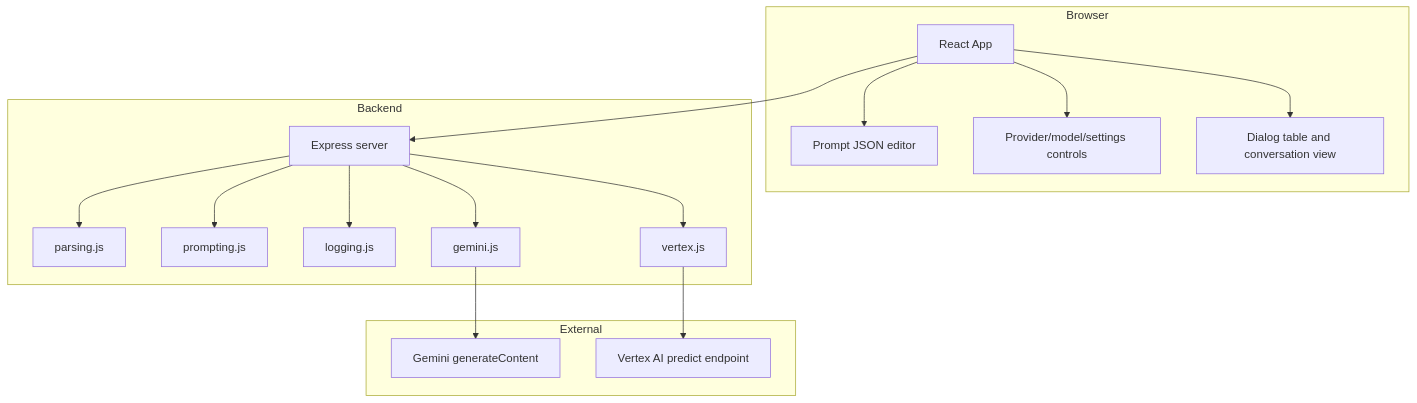
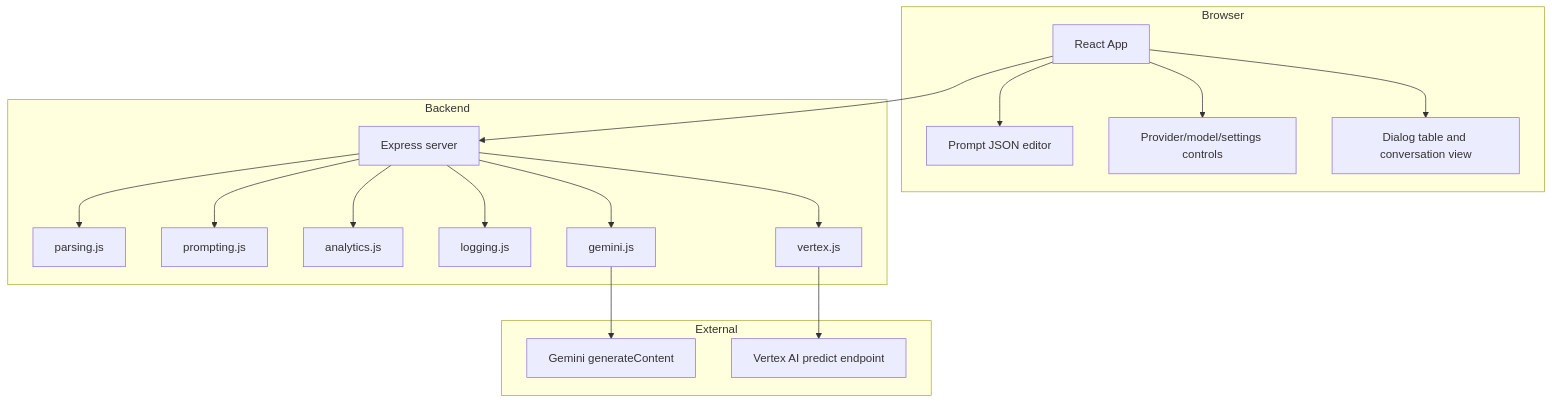
One commit to infisble/testAndteachmodelForSummary changed the first of 3 diagrams in docs/architecture.md. Above: the diagram before and after it, drawn with Mermaid. The commit also changed other lines of this file and 5 other files, not shown here.

````diff
--- a/docs/architecture.md
+++ b/docs/architecture.md
@@ -9,35 +9,37 @@
 ```mermaid
 flowchart TB
   subgraph Browser
     UI[React App]
     PromptEditor[Prompt JSON editor]
     RunSettings[Provider/model/settings controls]
     DialogViewer[Dialog table and conversation view]
   end
 
   subgraph Backend
     API[Express server]
     Parser[parsing.js]
     Prompt[prompting.js]
+    Analytics[analytics.js]
     Logger[logging.js]
     Gemini[gemini.js]
     Vertex[vertex.js]
   end
 
   subgraph External
     GeminiAPI[Gemini generateContent]
     VertexAPI[Vertex AI predict endpoint]
   end
 
   UI --> PromptEditor
   UI --> RunSettings
   UI --> DialogViewer
   UI --> API
   API --> Parser
   API --> Prompt
+  API --> Analytics
   API --> Logger
   API --> Gemini
   API --> Vertex
   Gemini --> GeminiAPI
   Vertex --> VertexAPI
 ```
````
